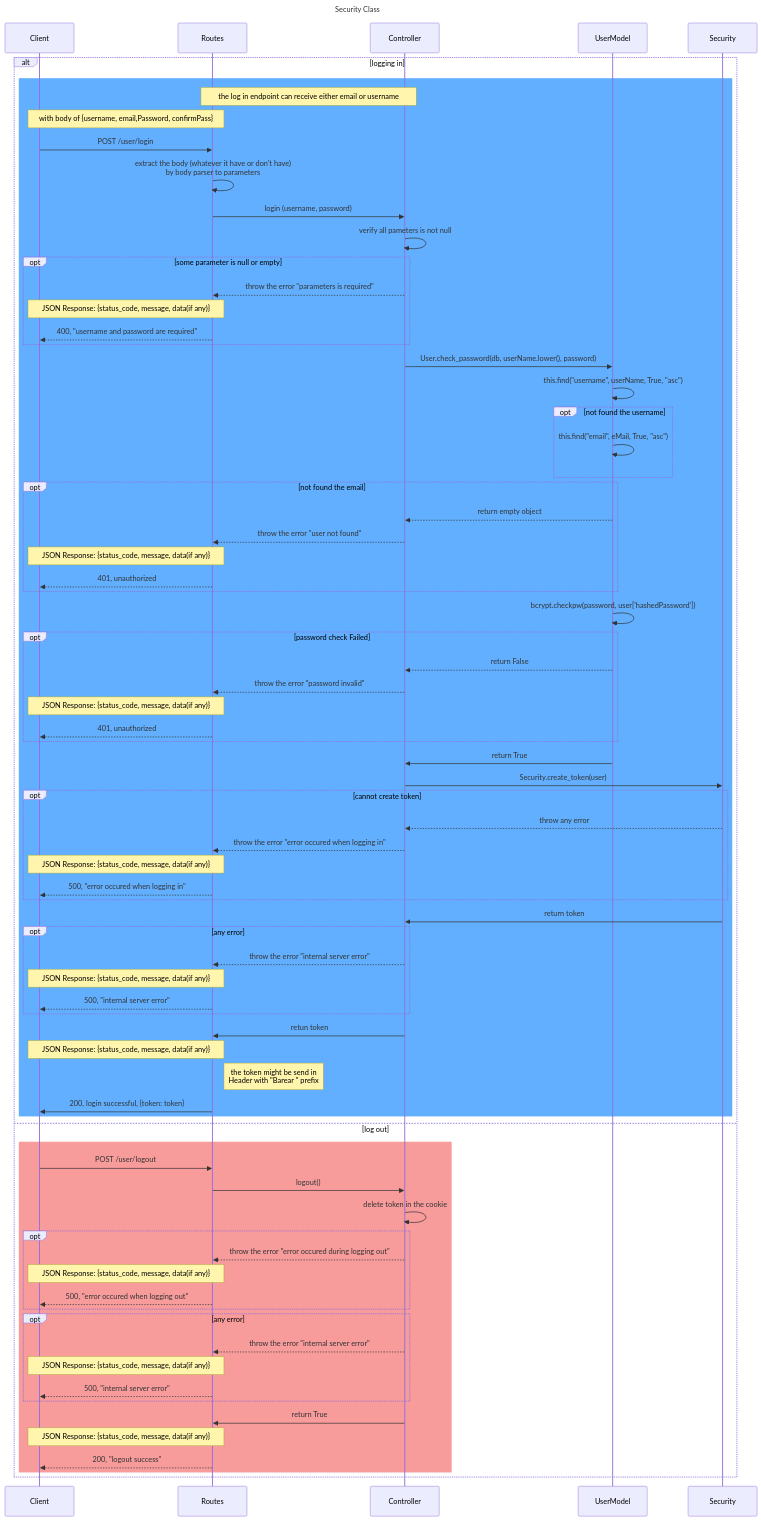
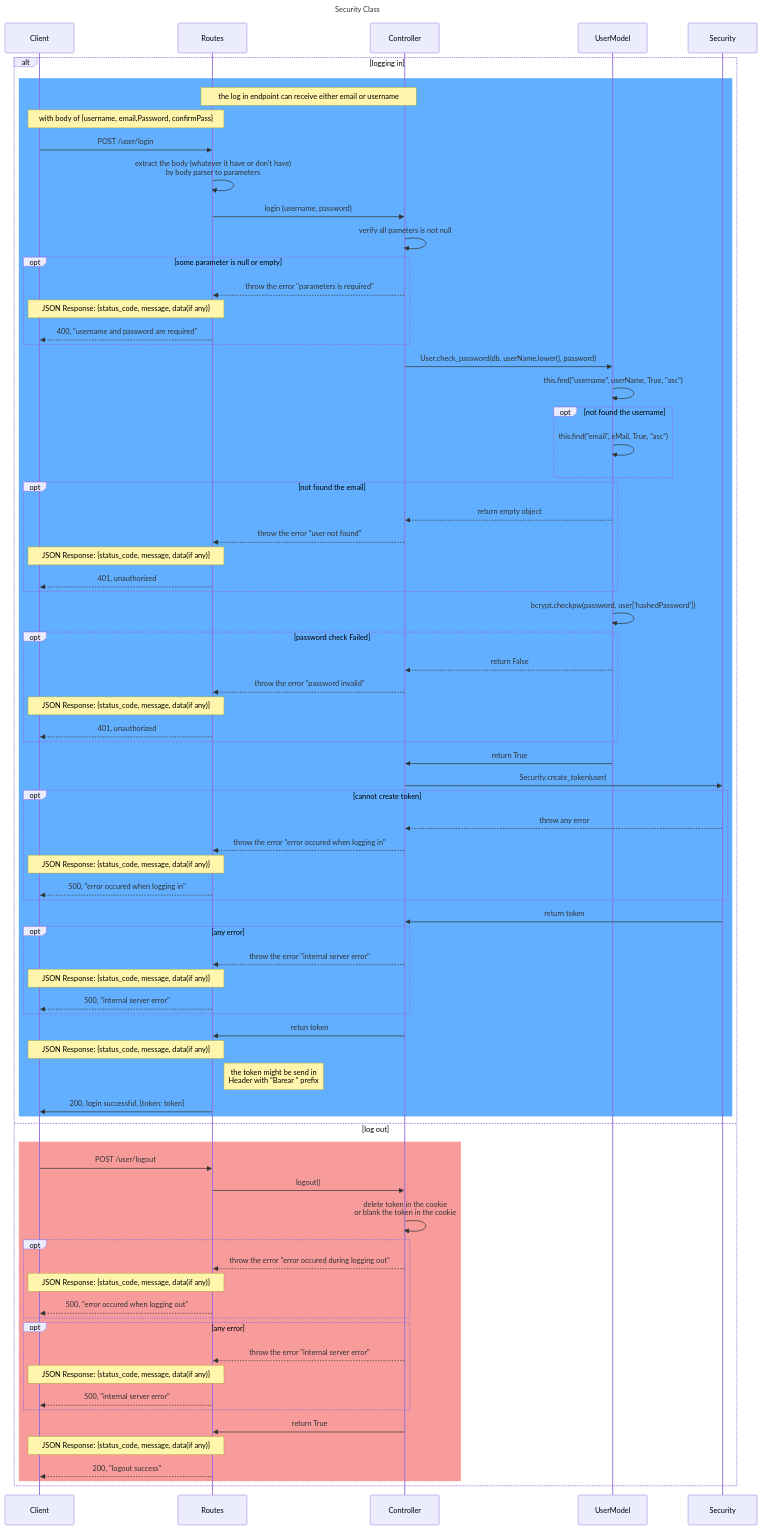
Before and after one commit to SawatKia/WealthTracking: the diagram in design/Classes/Security.mmd, drawn with Mermaid.

Commit message:
modify how it delete token in cookie

```diff
--- a/design/Classes/Security.mmd
+++ b/design/Classes/Security.mmd
@@ -1,81 +1,82 @@
 sequenceDiagram
     title Security Class
     participant Client
     participant Routes
     participant Controller
     participant UserModel
     participant Security
     
 
     alt logging in
         rect rgb(97,175,254)
             Note over Routes, Controller: the log in endpoint can receive either email or username
             Note over Routes, Client: with body of {username, email,Password, confirmPass}
             Client->>Routes: POST /user/login
             Routes->>Routes: extract the body (whatever it have or don't have)<br> by body parser to parameters
             Routes->>Controller: login (username, password)
             Controller->>Controller: verify all pameters is not null 
             opt some parameter is null or empty
                 Controller-->>Routes: throw the error "parameters is required"
                 Note over Routes,Client: JSON Response: {status_code, message, data(if any)}
                 Routes-->>Client: 400, "username and password are required"
             end
             Controller->>UserModel: User.check_password(db, userName.lower(), password)
             UserModel->>UserModel: this.find("username", userName, True, "asc")
             opt not found the username
                 UserModel->>UserModel: this.find("email", eMail, True, "asc")
             end
             opt not found the email
                 UserModel-->>Controller: return empty object
                 Controller-->>Routes: throw the error "user not found"
                 Note over Routes,Client: JSON Response: {status_code, message, data(if any)}
                 Routes-->>Client: 401, unauthorized
             end
             UserModel->>UserModel:bcrypt.checkpw(password, user['hashedPassword'])
             opt password check Failed
                 UserModel-->>Controller: return False
                 Controller-->>Routes: throw the error "password invalid"
                 Note over Routes,Client: JSON Response: {status_code, message, data(if any)}
                 Routes-->>Client: 401, unauthorized
             end
             UserModel->>Controller: return True
             Controller->>Security: Security.create_token(user)
             opt cannot create token
                 Security-->>Controller: throw any error
                 Controller-->>Routes: throw the error "error occured when logging in"
                 Note over Routes,Client: JSON Response: {status_code, message, data(if any)}
                 Routes-->>Client: 500, "error occured when logging in"
             end
             Security->>Controller: return token
             opt any error
                 Controller-->>Routes: throw the error "internal server error"
                 Note over Routes,Client: JSON Response: {status_code, message, data(if any)}
                 Routes-->>Client: 500, "internal server error"
             end
             Controller->>Routes:retun token
             Note over Routes,Client: JSON Response: {status_code, message, data(if any)}
             Note right of Routes: the token might be send in<br> Header with "Barear " prefix
             Routes->>Client: 200, login successful, {token: token}
         end
     
     else log out
         rect rgb(247,155,155)
             Client->>Routes: POST /user/logout
             Routes->>Controller: logout()
-            Controller->>Controller: delete token in the cookie
+            %% delete token in the cookie is when for not enable cors but this Application enable cors, examine this condition
+            Controller->>Controller: delete token in the cookie <br>or blank the token in the cookie
             opt
                 Controller-->>Routes: throw the error "error occured during logging out"
                 Note over Routes,Client: JSON Response: {status_code, message, data(if any)}
                 Routes-->>Client: 500, "error occured when logging out"
             end
             opt any error
                 Controller-->>Routes: throw the error "internal server error"
                 Note over Routes,Client: JSON Response: {status_code, message, data(if any)}
                 Routes-->>Client: 500, "internal server error"
             end
             Controller->>Routes: return True
             Note over Routes,Client: JSON Response: {status_code, message, data(if any)}
             Routes-->>Client: 200, "logout success"
         end
 
     end 
```
